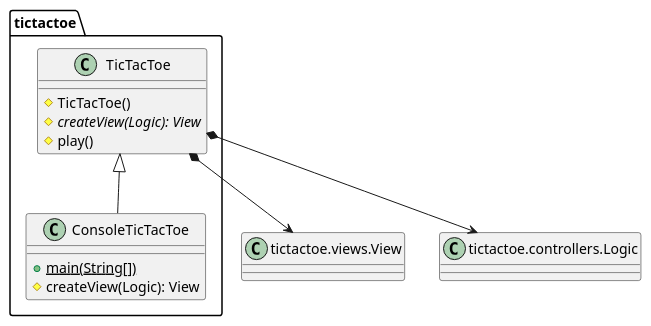
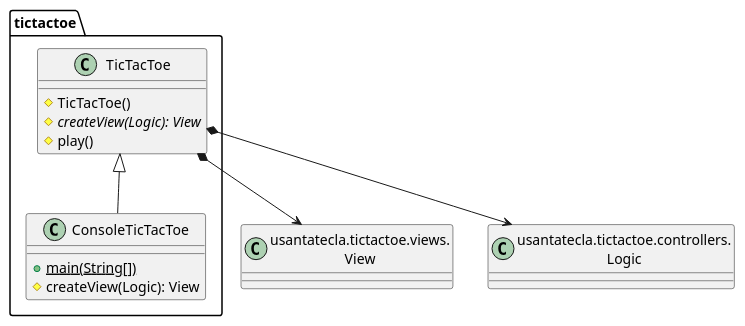
Before and after one commit to Jolucaa/USantaTecla-project-ticTacToe: the first of 8 diagrams in modelViewPresenter/presentationModel/withFacade/docs/diagrams/src/paquetes.plantuml, drawn with PlantUML. The commit also changed other lines of this file and 10 other files, not shown here.

```diff
--- a/modelViewPresenter/presentationModel/withFacade/docs/diagrams/src/paquetes.plantuml
+++ b/modelViewPresenter/presentationModel/withFacade/docs/diagrams/src/paquetes.plantuml
@@ -1,19 +1,19 @@
 @startuml paqueteTicTacToe
-class View as "tictactoe.views.View" {}
-class Logic as "tictactoe.controllers.Logic" {}
+class View as "usantatecla.tictactoe.views.\nView" {}
+class Logic as "usantatecla.tictactoe.controllers.\nLogic" {}
 
 class tictactoe.TicTacToe{
   # TicTacToe()
   # {abstract} createView(Logic): View
   # play()
 }
 tictactoe.TicTacToe *-down-> View
 tictactoe.TicTacToe *-down-> Logic
 
 class tictactoe.ConsoleTicTacToe{
   + {static} main(String[])
   # createView(Logic): View
 }
 tictactoe.TicTacToe <|-down- tictactoe.ConsoleTicTacToe
 
 @enduml
```
